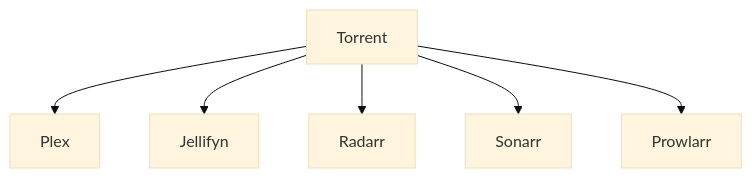
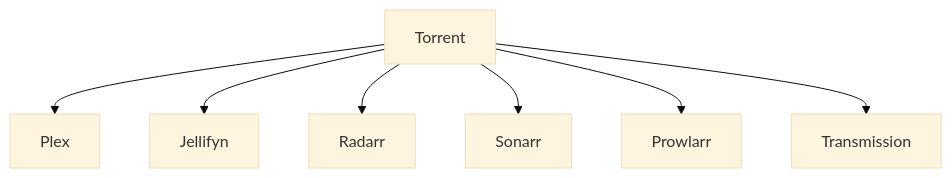
Before and after one commit to BenceGyurus/Homelab: the diagram in diagrams/torrent.mmd, drawn with Mermaid (base theme).

Commit message:
add transmission

```diff
--- a/diagrams/torrent.mmd
+++ b/diagrams/torrent.mmd
@@ -1,6 +1,7 @@
 graph TD
 Torrent-->Plex;
 Torrent-->Jellifyn;
 Torrent-->Radarr;
 Torrent-->Sonarr;
 Torrent-->Prowlarr;
+Torrent-->Transmission;
```
